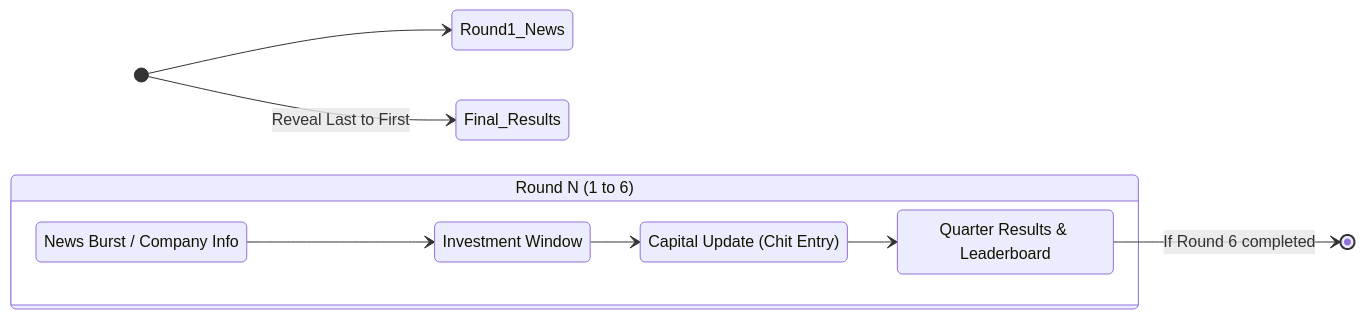
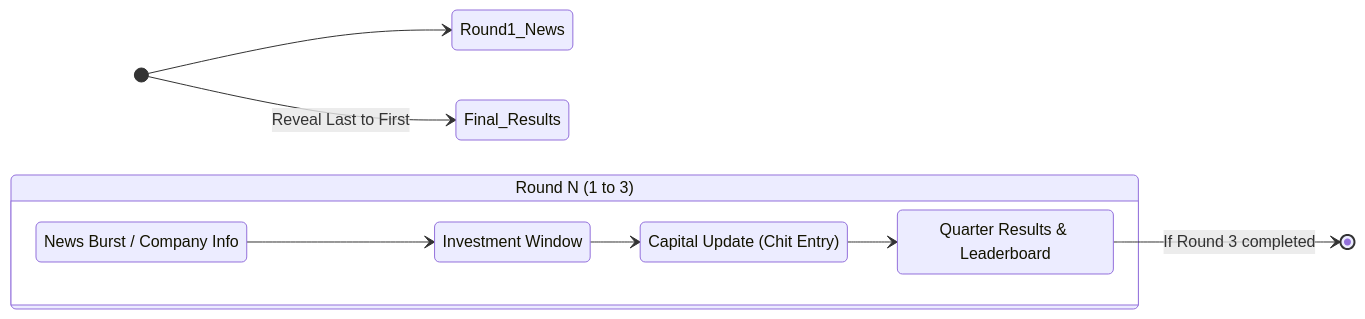
The diagram in doc/prd.md (DIYAA0606/Stock-Up), drawn with Mermaid before and after one commit. The commit also changed other lines of this file and 16 other files, not shown here.

````diff
--- a/doc/prd.md
+++ b/doc/prd.md
@@ -54,16 +54,16 @@
 ```mermaid
 stateDiagram-v2
     direction LR
     [*] --> Round1_News
-    state "Round N (1 to 6)" as RoundN {
+    state "Round N (1 to 3)" as RoundN {
         News: News Burst / Company Info
         Investing: Investment Window
         Entry: Capital Update (Chit Entry)
         Revealed: Quarter Results & Leaderboard
         News --> Investing
         Investing --> Entry
         Entry --> Revealed
     }
-    Revealed --> [*]: If Round 6 completed
+    Revealed --> [*]: If Round 3 completed
     [*] --> Final_Results: Reveal Last to First
 ```
````
